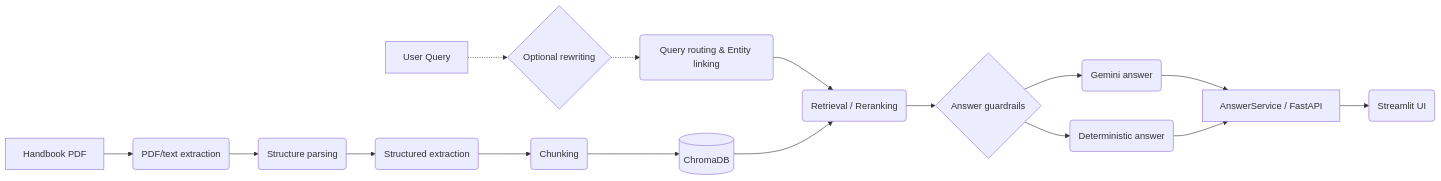
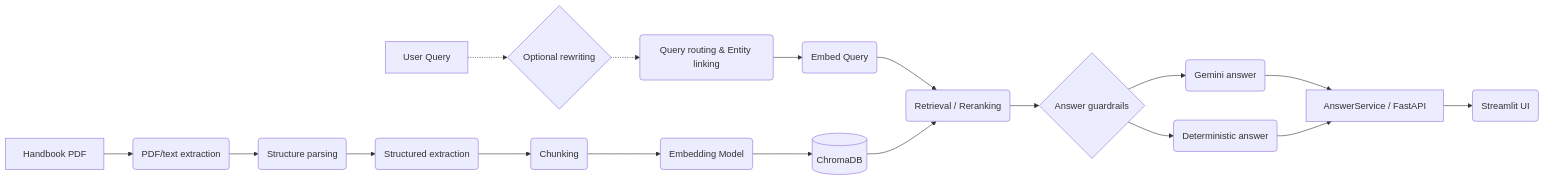
One commit to AnhPhiNe/student-handbook-rag-chatbot changed the diagram in README.md. Above: the diagram before and after it, drawn with Mermaid.

Commit message:
docs: make embedding model and query embedding steps explicit in architecture diagram

````diff
--- a/README.md
+++ b/README.md
@@ -43,21 +43,23 @@
 ```mermaid
 graph LR
     %% Ingestion Pipeline
     A[Handbook PDF] --> B(PDF/text extraction)
     B --> C(Structure parsing)
     C --> D(Structured extraction)
     D --> E(Chunking)
-    E --> F[(ChromaDB)]
+    E --> V(Embedding Model)
+    V --> F[(ChromaDB)]
 
     %% Inference Pipeline
     Q[User Query] -.-> G{Optional rewriting}
     G -.-> H(Query routing & Entity linking)
-    H --> I(Retrieval / Reranking)
+    H --> E2(Embed Query)
+    E2 --> I(Retrieval / Reranking)
     F --> I
     I --> J{Answer guardrails}
     J --> K(Gemini answer)
     J --> L(Deterministic answer)
     K --> M[AnswerService / FastAPI]
     L --> M
     M --> N(Streamlit UI)
 ```
````
